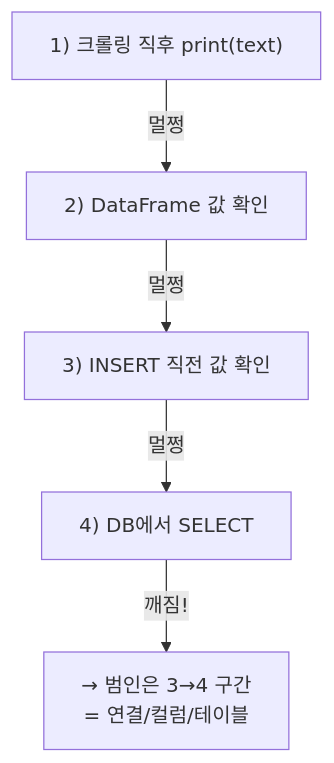
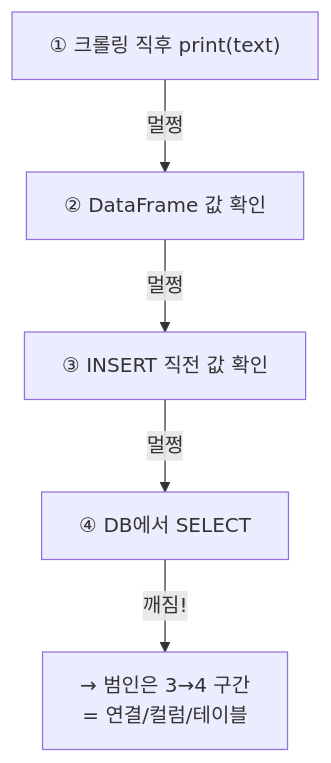
One commit to DBhyeong/DBhyeong.github.io changed the second of 3 diagrams in content/blog/pymssql-korean-encoding-mssql.md. Above: the diagram before and after it, drawn with Mermaid. The commit also changed 9 other files, not shown here.

First line of the commit message:
blog: 어제자 3편 발행 + 옛글 mermaid 렌더깨짐 34건 일괄 수정

````diff
--- a/content/blog/pymssql-korean-encoding-mssql.md
+++ b/content/blog/pymssql-korean-encoding-mssql.md
@@ -42,7 +42,7 @@
 ```mermaid
 flowchart TD
-    S1["1) 크롤링 직후 print(text)"] -->|멀쩡| S2["2) DataFrame 값 확인"]
-    S2 -->|멀쩡| S3["3) INSERT 직전 값 확인"]
-    S3 -->|멀쩡| S4["4) DB에서 SELECT"]
+    S1["① 크롤링 직후 print(text)"] -->|멀쩡| S2["② DataFrame 값 확인"]
+    S2 -->|멀쩡| S3["③ INSERT 직전 값 확인"]
+    S3 -->|멀쩡| S4["④ DB에서 SELECT"]
     S4 -->|깨짐!| HIT["→ 범인은 3→4 구간<br/>= 연결/컬럼/테이블"]
 ```
````
